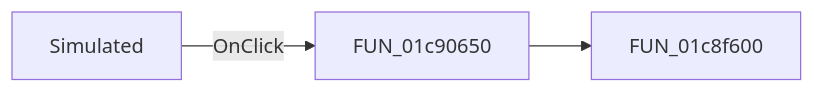
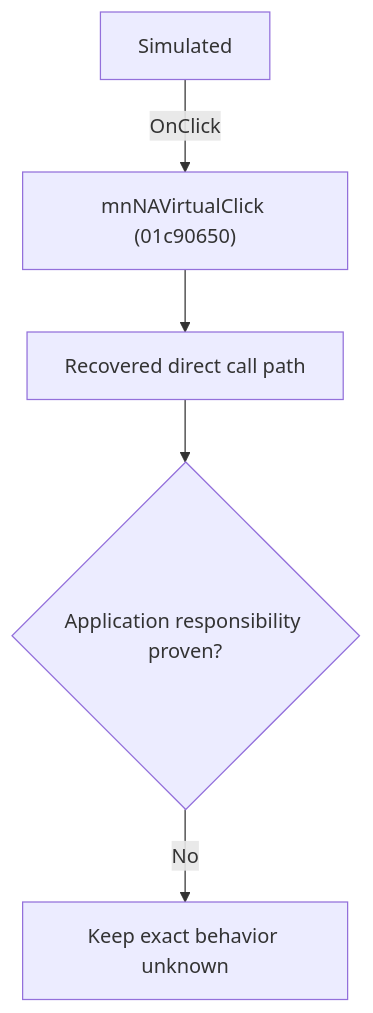
One commit to MovGP0/TIARA changed the diagram in docs/ui-controls/schematiceditor/virtual1-49d4fe8b4c.md. Above: the diagram before and after it, drawn with Mermaid. The commit also changed other lines of this file and 1062 other files, not shown here.

````diff
--- a/docs/ui-controls/schematiceditor/virtual1-49d4fe8b4c.md
+++ b/docs/ui-controls/schematiceditor/virtual1-49d4fe8b4c.md
@@ -27,5 +27,7 @@
 ```mermaid
-flowchart LR
-    control["Simulated"] -->|OnClick| handler["FUN_01c90650"]
-    handler --> call1["FUN_01c8f600"]
+flowchart TD
+    control["Simulated"] -->|"OnClick"| handler["mnNAVirtualClick (01c90650)"]
+    handler --> recovered["Recovered direct call path"]
+    recovered --> gap{"Application responsibility proven?"}
+    gap -->|"No"| blocked["Keep exact behavior unknown"]
 ```
````
